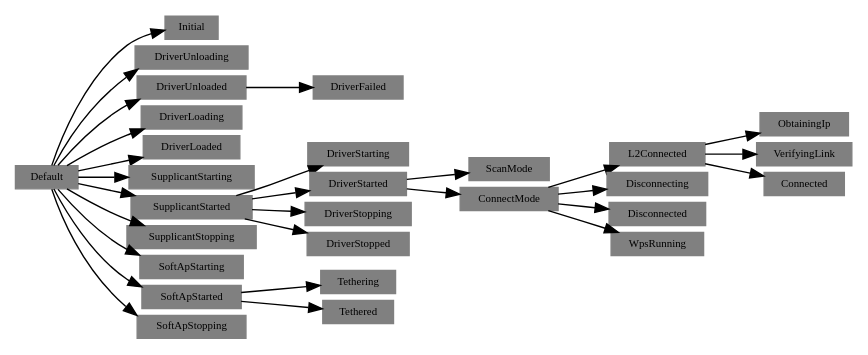
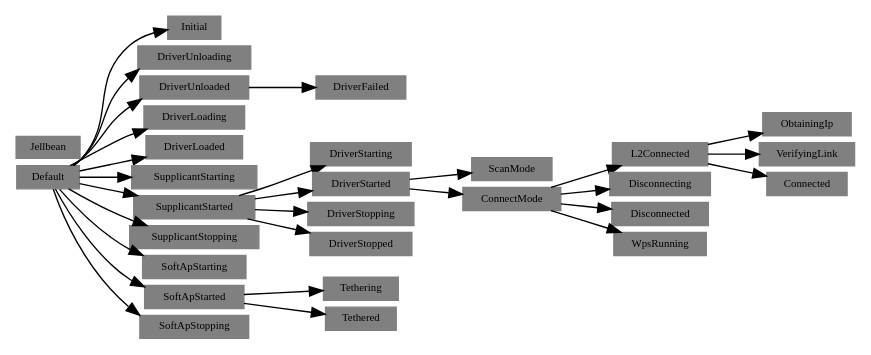
Before and after one commit to greatgauss/graphviz_script: the diagram in JB_WifiStateMachine_tree.dot, drawn with Graphviz. The commit also changed 4 other files, not shown here.

```diff
--- a/JB_WifiStateMachine_tree.dot
+++ b/JB_WifiStateMachine_tree.dot
@@ -1,38 +1,39 @@
 digraph WSM {
   size="16,6";
   fontname = "Microsoft YaHei";
   nodesep=0.05;
   rankdir = LR;
   /*rotate = 90;*/
   edge[len=2];
   node[style=filled, shape=record, fontsize=8];
   node[height=0.20, width=0.20, color=gray];
 
 "Default" -> "Initial";
 "Default" -> "DriverUnloading";
 "Default" -> "DriverUnloaded";
 "DriverUnloaded" -> "DriverFailed";
 "Default" -> "DriverLoading";
 "Default" -> "DriverLoaded";
 "Default" -> "SupplicantStarting";
 "Default" -> "SupplicantStarted";
 "SupplicantStarted" -> "DriverStarting";
 "SupplicantStarted" -> "DriverStarted";
 "DriverStarted" -> "ScanMode";
 "DriverStarted" -> "ConnectMode";
 "ConnectMode" -> "L2Connected";
 "ConnectMode" -> "Disconnecting";
 "ConnectMode" -> "Disconnected";
 "ConnectMode" -> "WpsRunning";
 "L2Connected" -> "ObtainingIp";
 "L2Connected" -> "VerifyingLink";
 "L2Connected" -> "Connected";
 "SupplicantStarted" -> "DriverStopping";
 "SupplicantStarted" -> "DriverStopped";
 "Default" -> "SupplicantStopping";
 "Default" -> "SoftApStarting";
 "Default" -> "SoftApStarted";
 "SoftApStarted" -> "Tethering";
 "SoftApStarted" -> "Tethered";
 "Default" -> "SoftApStopping";
+"Jellbean" [ shape = plaintext ];
 }
```
